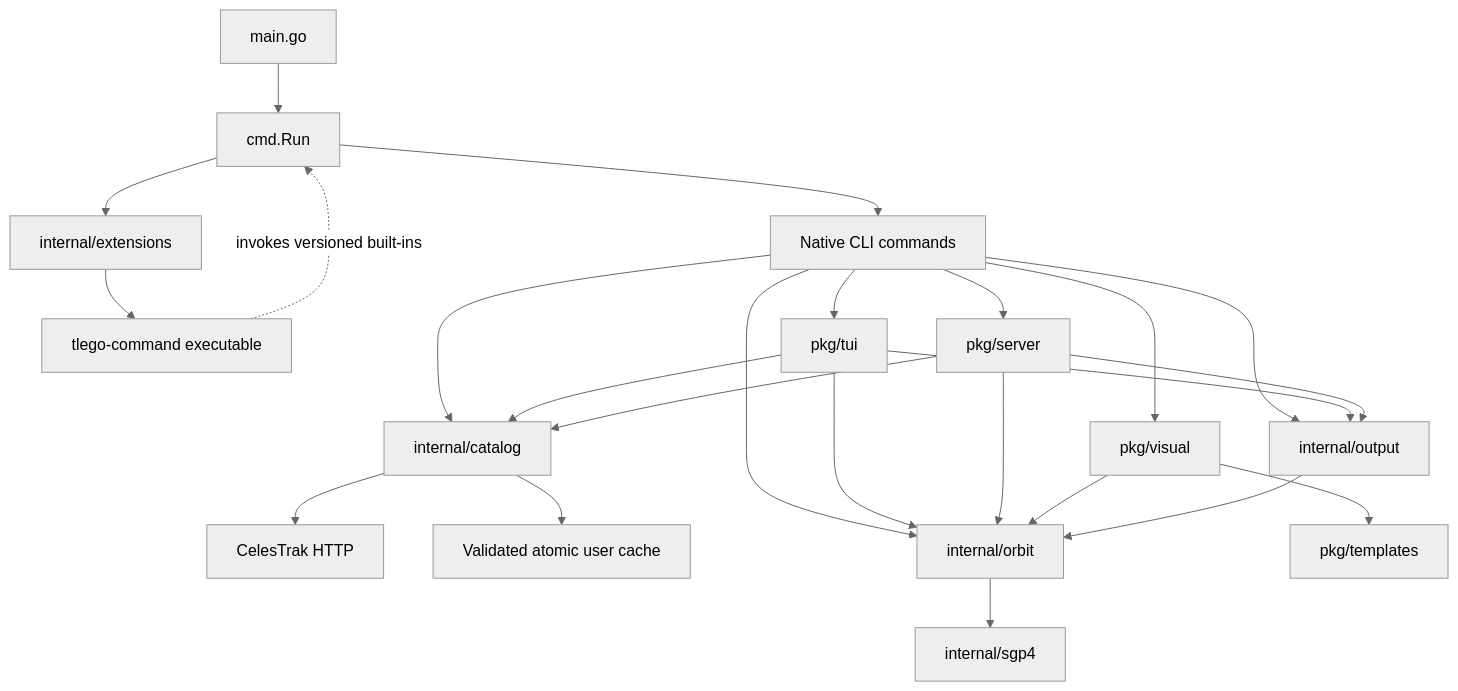
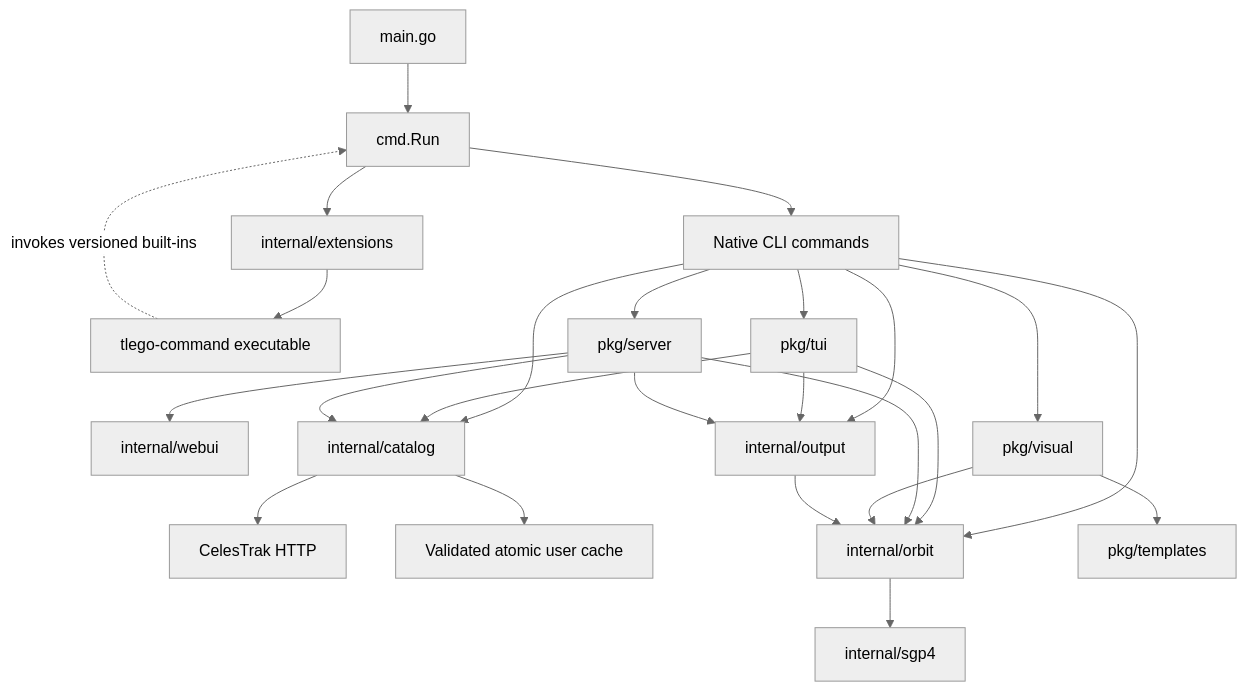
One commit to Mohammed-Ashour/tlego changed the diagram in ARCHITECTURE.md. Above: the diagram before and after it, drawn with Mermaid (neutral theme). The commit also changed other lines of this file and 35 other files, not shown here.

````diff
--- a/ARCHITECTURE.md
+++ b/ARCHITECTURE.md
@@ -19,26 +19,27 @@
 ```mermaid
 flowchart TD
     Main[main.go] --> Run[cmd.Run]
     Run --> CLI[Native CLI commands]
     Run --> Extensions[internal/extensions]
     Extensions --> External[tlego-command executable]
     CLI --> TUI[pkg/tui]
     CLI --> HTTP[pkg/server]
+    HTTP --> WebUI[internal/webui]
     CLI --> Visual[pkg/visual]
     CLI --> Catalog[internal/catalog]
     TUI --> Catalog
     HTTP --> Catalog
     Catalog --> Provider[CelesTrak HTTP]
     Catalog --> Cache[Validated atomic user cache]
     CLI --> Orbit[internal/orbit]
     TUI --> Orbit
     HTTP --> Orbit
     Visual --> Orbit
     Orbit --> SGP4[internal/sgp4]
     CLI --> Output[internal/output]
     TUI --> Output
     HTTP --> Output
     Output --> Orbit
     Visual --> Templates[pkg/templates]
     External -. invokes versioned built-ins .-> Run
 ```
````
